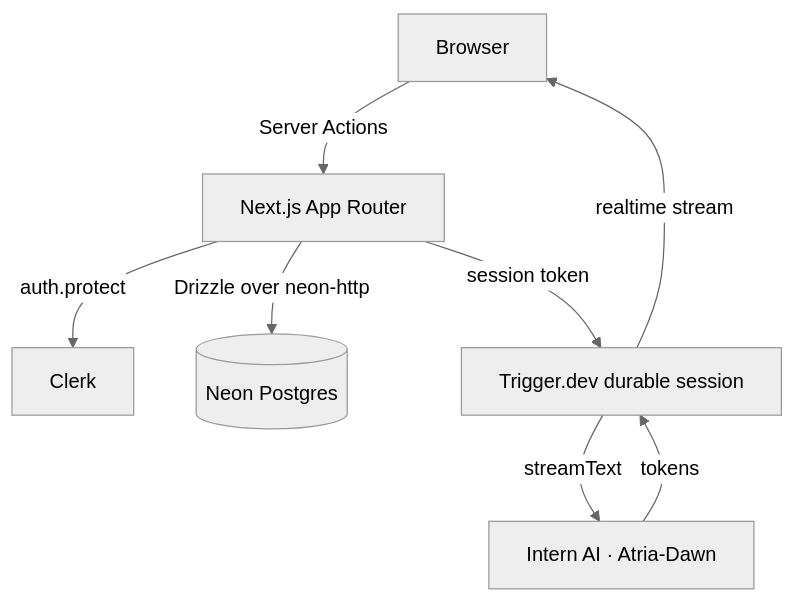
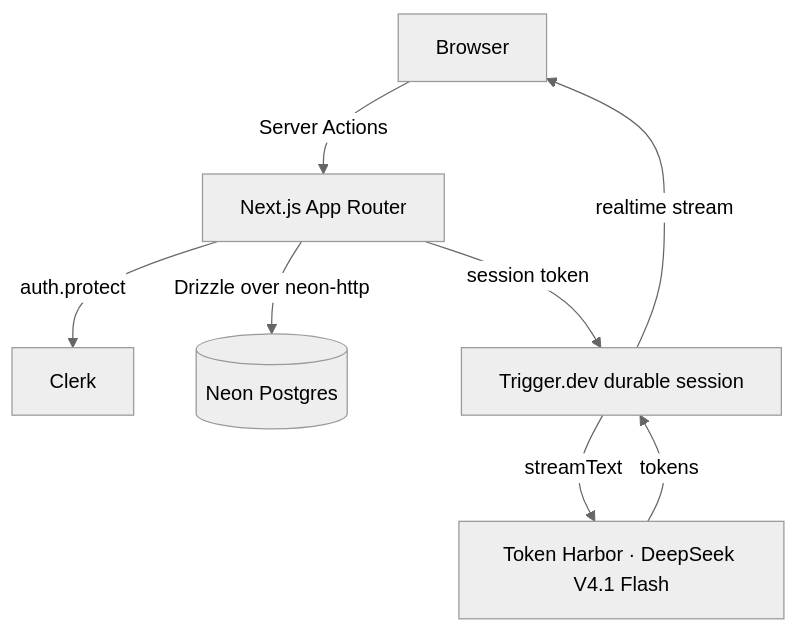
The first of 3 diagrams in README.md (78days/Pandora), drawn with Mermaid (neutral theme) before and after one commit. The commit also changed other lines of this file and 8 other files, not shown here.

````diff
--- a/README.md
+++ b/README.md
@@ -85,10 +85,10 @@
 ```mermaid
 flowchart TD
     Browser[Browser] -->|Server Actions| Next[Next.js App Router]
     Next -->|auth.protect| Clerk[Clerk]
     Next -->|Drizzle over neon-http| Neon[(Neon Postgres)]
     Next -->|session token| Trigger[Trigger.dev durable session]
-    Trigger -->|streamText| Model[Intern AI · Atria-Dawn]
+    Trigger -->|streamText| Model[Token Harbor · DeepSeek V4.1 Flash]
     Model -->|tokens| Trigger
     Trigger -->|realtime stream| Browser
 ```
````
